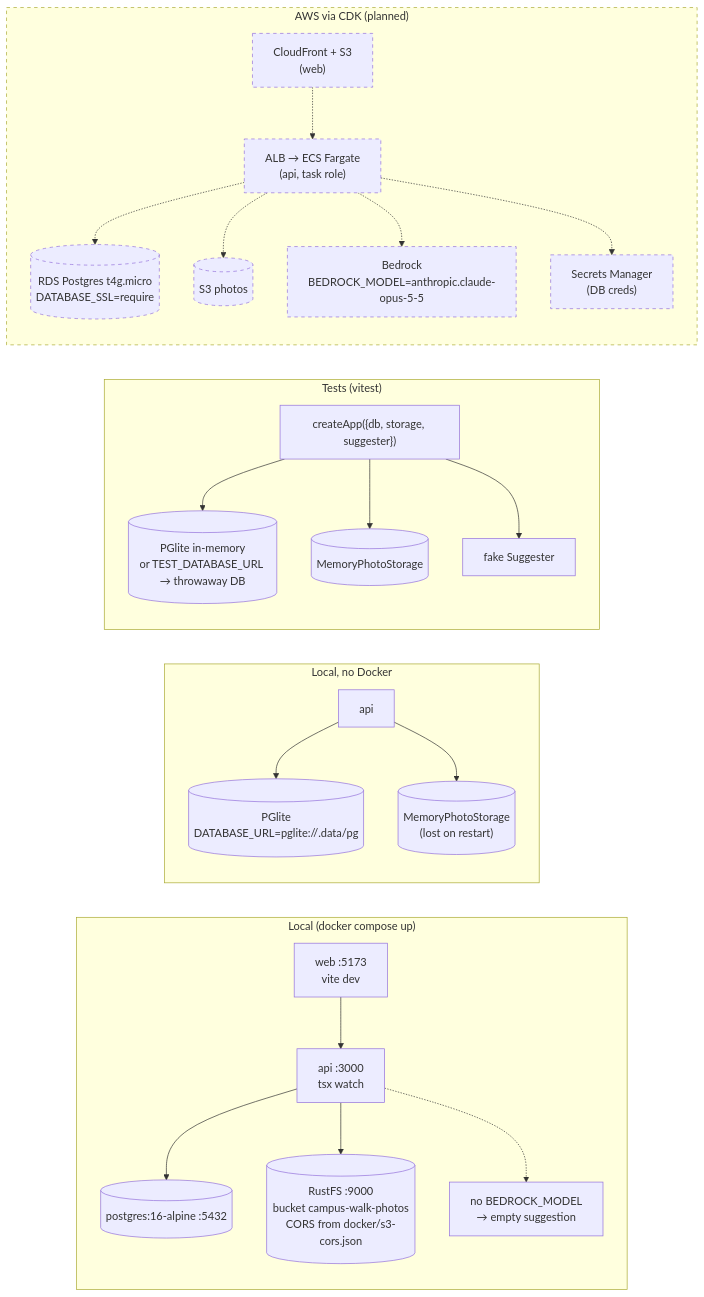
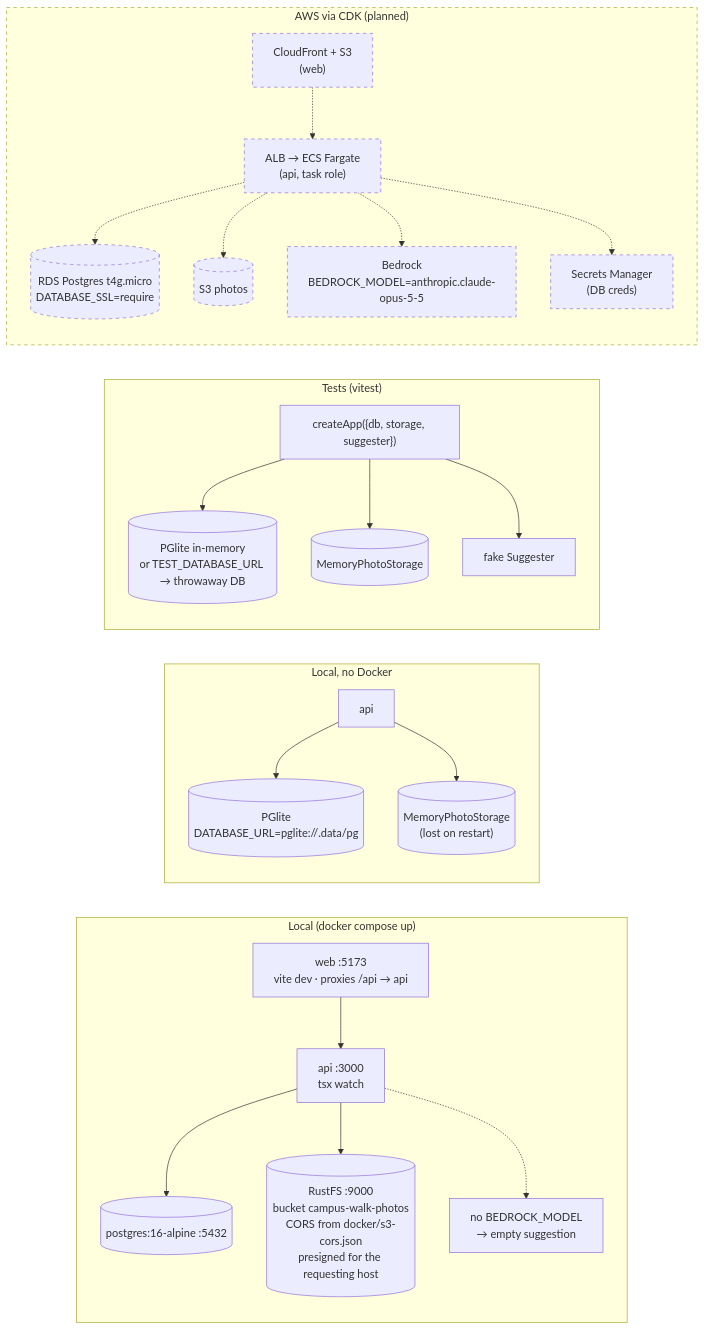
One commit to mcsantiago/vlk-architects-campus-walk changed the sixth of 7 diagrams in docs/architecture.md. Above: the diagram before and after it, drawn with Mermaid. The commit also changed 15 other files, not shown here.

````diff
--- a/docs/architecture.md
+++ b/docs/architecture.md
@@ -238,42 +238,42 @@
 ```mermaid
 flowchart LR
   subgraph local["Local (docker compose up)"]
-    lweb["web :5173\nvite dev"]
+    lweb["web :5173\nvite dev · proxies /api → api"]
     lapi["api :3000\ntsx watch"]
     lpg[("postgres:16-alpine :5432")]
-    lrust[("RustFS :9000\nbucket campus-walk-photos\nCORS from docker/s3-cors.json")]
+    lrust[("RustFS :9000\nbucket campus-walk-photos\nCORS from docker/s3-cors.json\npresigned for the requesting host")]
     lnone["no BEDROCK_MODEL\n→ empty suggestion"]
     lweb --> lapi
     lapi --> lpg & lrust
     lapi -.-> lnone
   end
 
   subgraph nodocker["Local, no Docker"]
     papi["api"]
     pglite[("PGlite\nDATABASE_URL=pglite://.data/pg")]
     mem[("MemoryPhotoStorage\n(lost on restart)")]
     papi --> pglite & mem
   end
 
   subgraph test["Tests (vitest)"]
     tapp["createApp({db, storage, suggester})"]
     tpg[("PGlite in-memory\nor TEST_DATABASE_URL → throwaway DB")]
     tmem[("MemoryPhotoStorage")]
     tfake["fake Suggester"]
     tapp --> tpg & tmem & tfake
   end
 
   subgraph aws["AWS via CDK (planned)"]
     cf["CloudFront + S3\n(web)"]
     alb["ALB → ECS Fargate\n(api, task role)"]
     rds[("RDS Postgres t4g.micro\nDATABASE_SSL=require")]
     ps3[("S3 photos")]
     br["Bedrock\nBEDROCK_MODEL=anthropic.claude-opus-5-5"]
     sm["Secrets Manager\n(DB creds)"]
     cf -.-> alb
     alb -.-> rds & ps3 & br & sm
   end
 
   classDef planned stroke-dasharray: 5 5
   class aws,cf,alb,rds,ps3,br,sm planned
 ```
````
